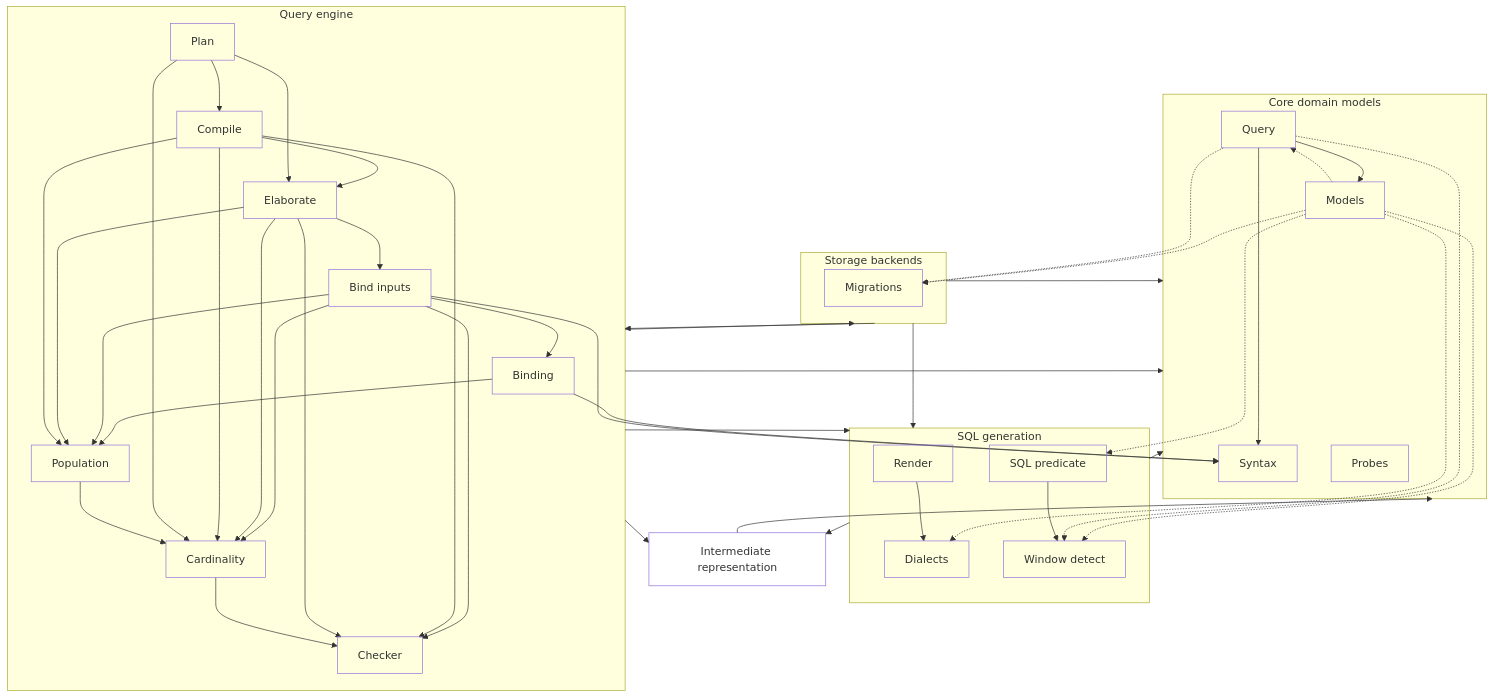
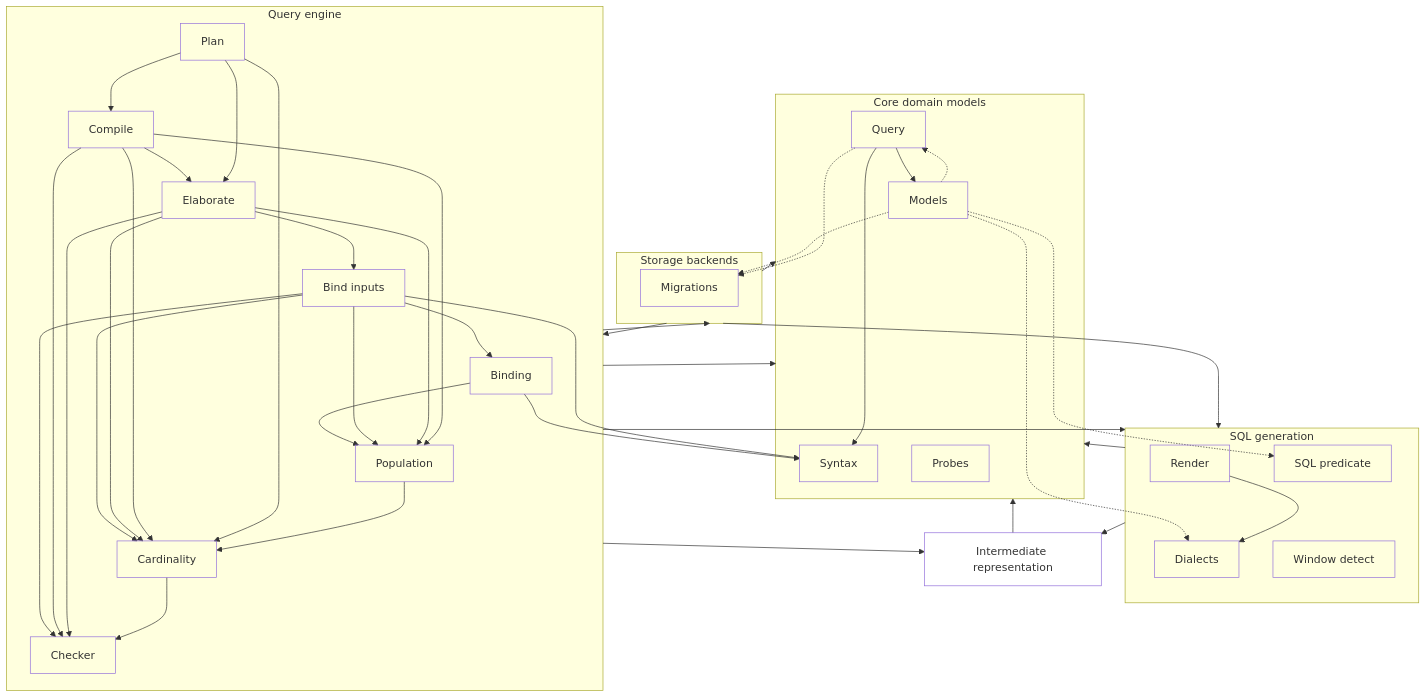
The first of 2 diagrams in architecture/python.engine.arc42.md (MotleyAI/slayer), drawn with Mermaid before and after one commit. The commit also changed 17 other files, not shown here.

````diff
--- a/architecture/python.engine.arc42.md
+++ b/architecture/python.engine.arc42.md
@@ -15,73 +15,70 @@
 ```mermaid
 flowchart TD
   %% query_pipeline: Query pipeline
   subgraph core["Core domain models"]
     core__query["Query"]
     core__models["Models"]
     core__syntax["Syntax"]
     core__probes["Probes"]
   end
   subgraph sql["SQL generation"]
     sql__render["Render"]
     sql__dialects["Dialects"]
     sql__sql_predicate["SQL predicate"]
     sql__window_detect["Window detect"]
   end
   subgraph engine["Query engine"]
     engine__binding["Binding"]
     engine__bind_inputs["Bind inputs"]
     engine__elaborate_env["Checker"]
     engine__elaborate["Elaborate"]
     engine__compile["Compile"]
     engine__plan["Plan"]
     engine__population["Population"]
     engine__cardinality["Cardinality"]
   end
   ir["Intermediate representation"]
   subgraph storage["Storage backends"]
     storage__migrations["Migrations"]
   end
   core__models -.-> sql__dialects
   core__models -.-> sql__sql_predicate
-  core__models -.-> sql__window_detect
-  core__query -.-> sql__window_detect
   core__models -.-> storage__migrations
   core__query -.-> storage__migrations
   core__models -.-> core__query
   core__query --> core__models
   core__query --> core__syntax
   sql__render --> sql__dialects
-  sql__sql_predicate --> sql__window_detect
   engine__binding --> core__syntax
   engine__bind_inputs --> engine__binding
   engine__bind_inputs --> engine__elaborate_env
   engine__bind_inputs --> core__syntax
   engine__compile --> engine__elaborate
   engine__compile --> engine__elaborate_env
   engine__elaborate --> engine__bind_inputs
   engine__elaborate --> engine__elaborate_env
   engine__plan --> engine__compile
   engine__plan --> engine__elaborate
   engine__binding --> engine__population
   engine__bind_inputs --> engine__population
   engine__bind_inputs --> engine__cardinality
   engine__elaborate --> engine__population
   engine__elaborate --> engine__cardinality
   engine__compile --> engine__population
   engine__compile --> engine__cardinality
   engine__plan --> engine__cardinality
   engine__population --> engine__cardinality
   engine__cardinality --> engine__elaborate_env
   engine --> core
   engine --> ir
   engine --> sql
   engine --> storage
   ir --> core
   sql --> core
   sql --> ir
   storage --> core
   storage --> engine
   storage --> sql
   classDef leaf fill:none;
   class core__query,core__models,core__syntax,core__probes,sql__render,sql__dialects,sql__sql_predicate,sql__window_detect,engine__binding,engine__bind_inputs,engine__elaborate_env,engine__elaborate,engine__compile,engine__plan,engine__population,engine__cardinality,ir,storage__migrations leaf;
 ```
````
